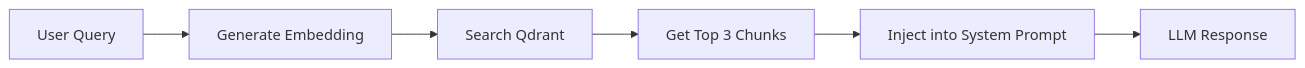
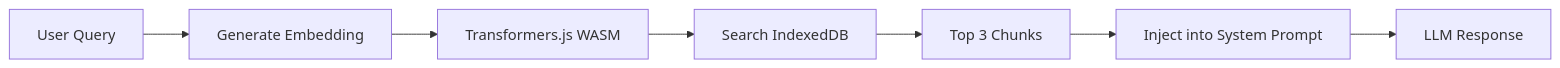
One commit to rhinos0608/rhythm-chamber changed the fourth of 4 diagrams in docs/03-technical-architecture.md. Above: the diagram before and after it, drawn with Mermaid. The commit also changed other lines of this file and 23 other files, not shown here.

First line of the commit message:
Migrates semantic search to WASM-only local embeddings

````diff
--- a/docs/03-technical-architecture.md
+++ b/docs/03-technical-architecture.md
@@ -556,8 +561,9 @@
 ```mermaid
 flowchart LR
     A[User Query] --> B[Generate Embedding]
-    B --> C[Search Qdrant]
-    C --> D[Get Top 3 Chunks]
-    D --> E[Inject into System Prompt]
-    E --> F[LLM Response]
+    B --> C[Transformers.js WASM]
+    C --> D[Search IndexedDB]
+    D --> E[Top 3 Chunks]
+    E --> F[Inject into System Prompt]
+    F --> G[LLM Response]
 ```
````
